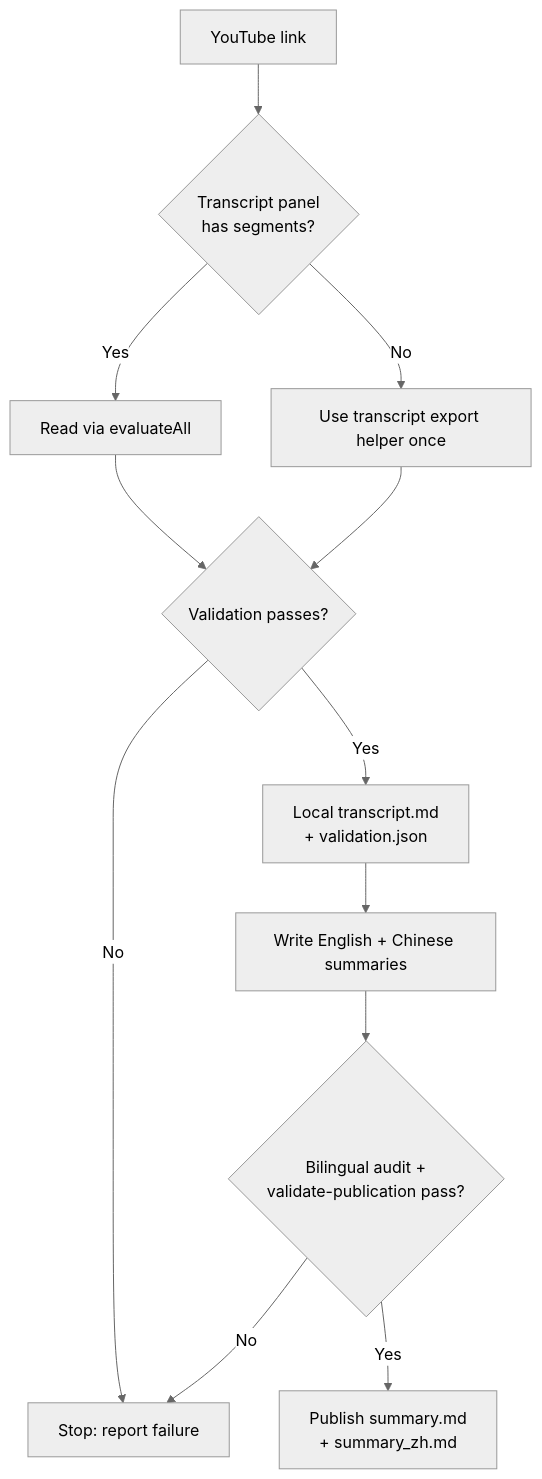
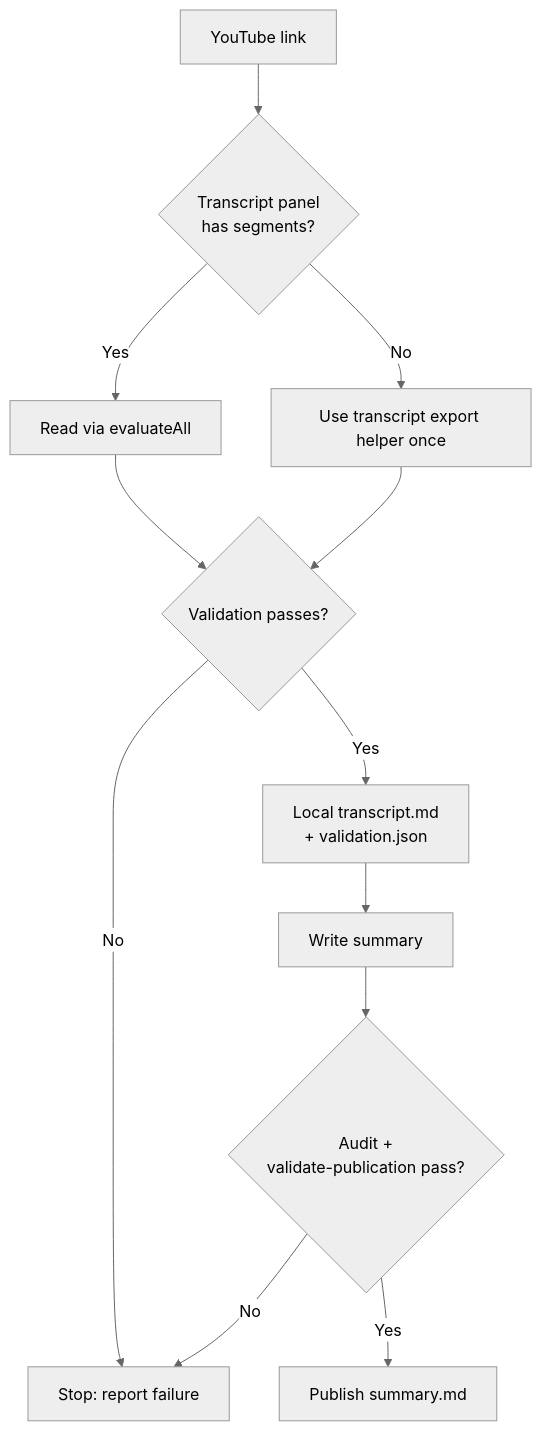
The diagram in youtube-transcript/README.md (kelvinlee97/engineering), drawn with Mermaid (neutral theme) before and after one commit. The commit also changed other lines of this file and 411 other files, not shown here.

````diff
--- a/youtube-transcript/README.md
+++ b/youtube-transcript/README.md
@@ -13,16 +9,16 @@
 ```mermaid
 flowchart TD
     accTitle: YouTube transcript capture and publication pipeline
-    accDescr: A YouTube link is captured via the Transcript panel, or the transcript export helper if the panel is empty. The capture is validated for coverage; a failure at capture or validation stops the workflow. A valid transcript is summarized into English and Chinese, audited, and checked by validate-publication before it is published.
+    accDescr: A YouTube link is captured via the Transcript panel, or the transcript export helper if the panel is empty. The capture is validated for coverage; a failure at capture or validation stops the workflow. A valid transcript is summarized, audited, and checked by validate-publication before it is published.
     L[YouTube link] --> P{Transcript panel<br/>has segments?}
     P -- Yes --> C1[Read via evaluateAll]
     P -- No --> C2[Use transcript export helper once]
     C1 --> V{Validation passes?}
     C2 --> V
     V -- No --> S[Stop: report failure]
     V -- Yes --> T[Local transcript.md<br/>+ validation.json]
-    T --> M[Write English + Chinese summaries]
-    M --> A{Bilingual audit +<br/>validate-publication pass?}
+    T --> M[Write summary]
+    M --> A{Audit +<br/>validate-publication pass?}
     A -- No --> S
-    A -- Yes --> R[Publish summary.md<br/>+ summary_zh.md]
+    A -- Yes --> R[Publish summary.md]
 ```
````
